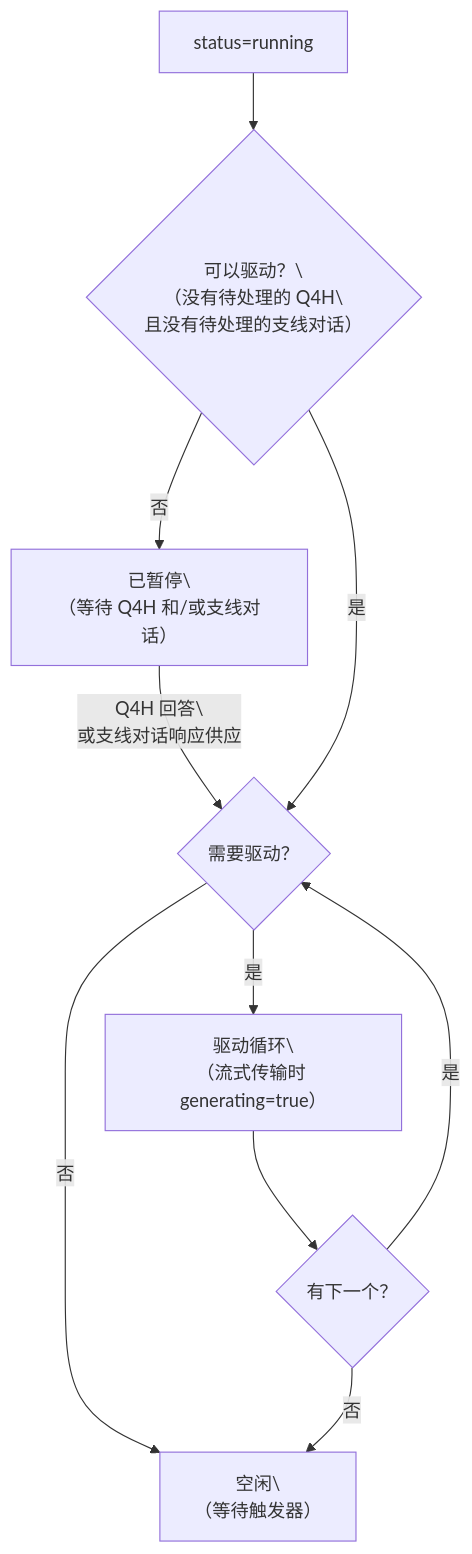
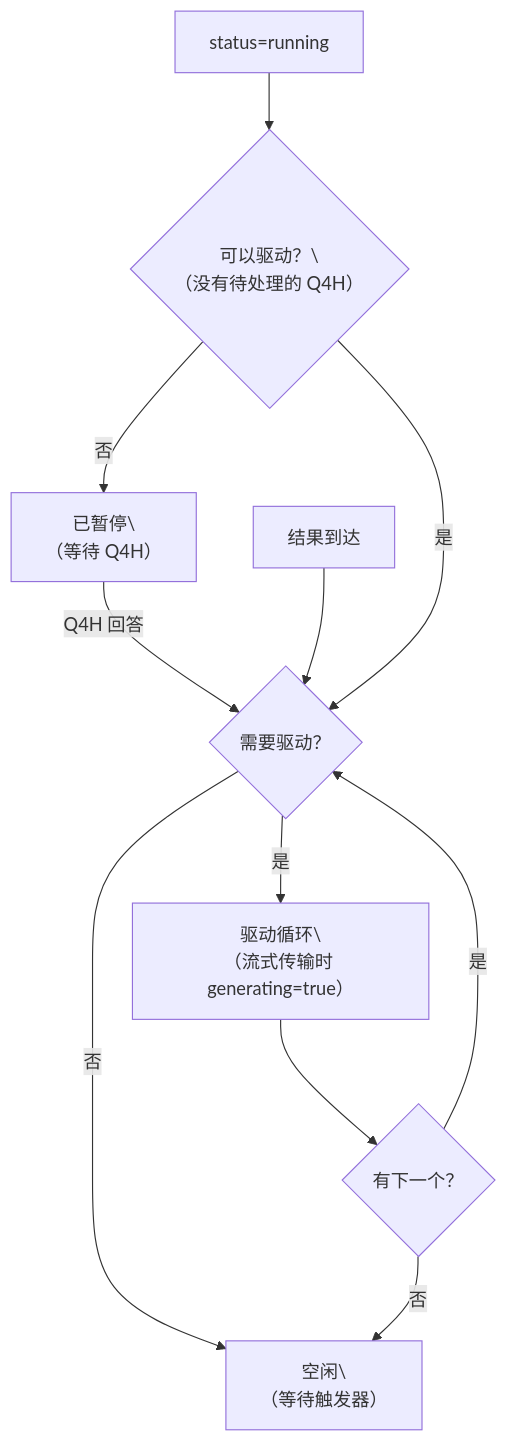
Before and after one commit to longrun-ai/dominds: the tenth of 19 diagrams in docs/dialog-system.zh.md, drawn with Mermaid. The commit also changed other lines of this file and 54 other files, not shown here.

````diff
--- a/docs/dialog-system.zh.md
+++ b/docs/dialog-system.zh.md
@@ -1236,12 +1232,13 @@
 ```mermaid
 flowchart TD
-  A[status=running] --> B{可以驱动？\\n（没有待处理的 Q4H\\n且没有待处理的支线对话）}
-  B -- 否 --> S[已暂停\\n（等待 Q4H 和/或支线对话）]
-  S -->|Q4H 回答\\n或支线对话响应供应| C{需要驱动？}
+  A[status=running] --> B{可以驱动？\\n（没有待处理的 Q4H）}
+  B -- 否 --> S[已暂停\\n（等待 Q4H）]
+  S -->|Q4H 回答| C{需要驱动？}
+  R[结果到达] --> C
   B -- 是 --> C{需要驱动？}
   C -- 否 --> I[空闲\\n（等待触发器）]
   C -- 是 --> D[驱动循环\\n（流式传输时 generating=true）]
   D --> E{有下一个？}
   E -- 是 --> C
   E -- 否 --> I
 ```
````
